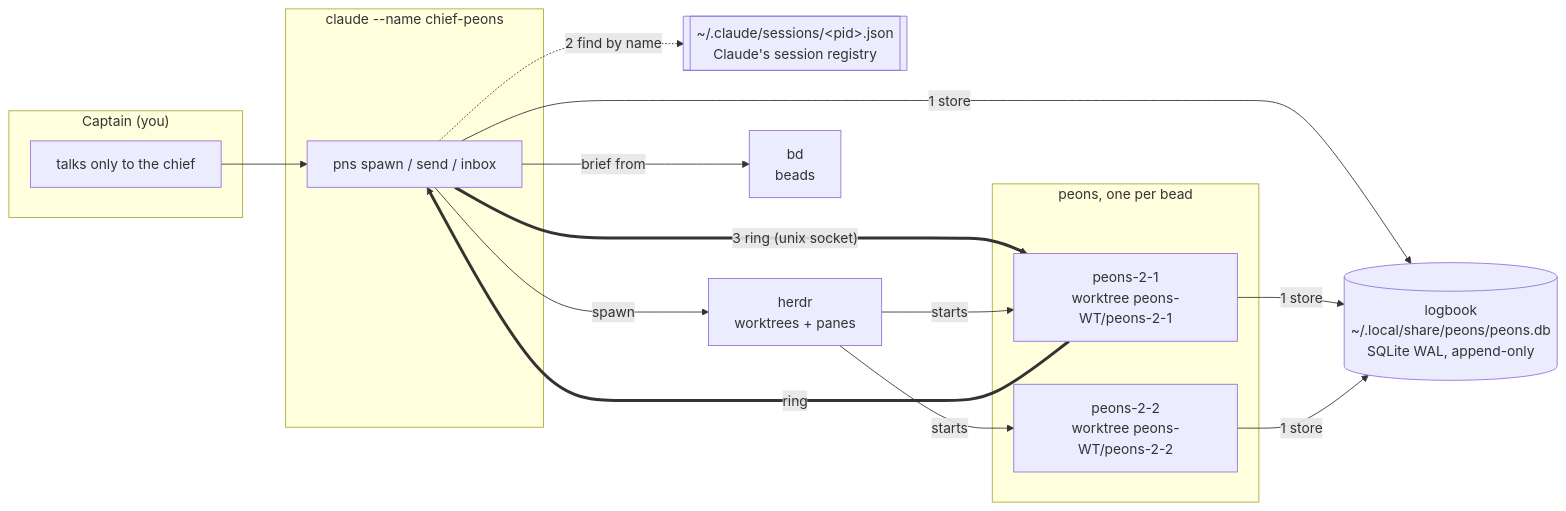
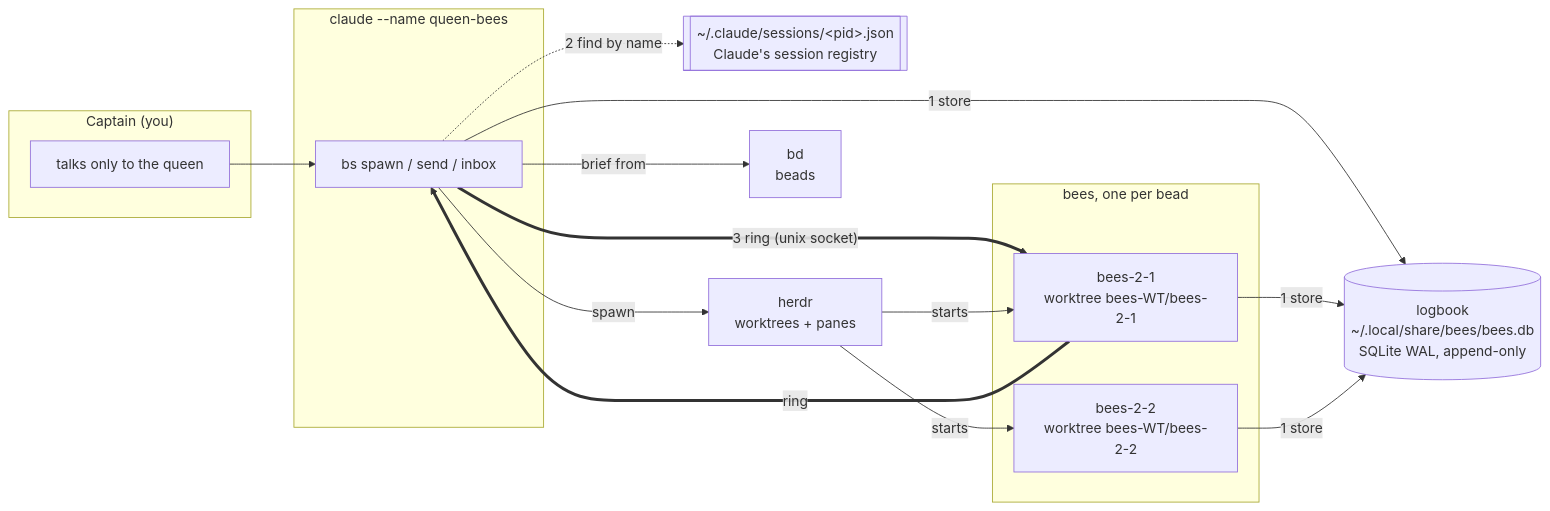
The first of 4 diagrams in README.md (jmmshn/bees), drawn with Mermaid before and after one commit. The commit also changed other lines of this file and 37 other files, not shown here.

First line of the commit message:
refactor: rename peons to bees (R31)

````diff
--- a/README.md
+++ b/README.md
@@ -74,29 +74,29 @@
 ```mermaid
 flowchart LR
     subgraph captain["Captain (you)"]
-        H[talks only to the chief]
+        H[talks only to the queen]
     end
-    subgraph chief["claude --name chief-peons"]
-        C[pns spawn / send / inbox]
+    subgraph queen["claude --name queen-bees"]
+        C[bs spawn / send / inbox]
     end
-    subgraph peons["peons, one per bead"]
-        P1["peons-2-1<br/>worktree peons-WT/peons-2-1"]
-        P2["peons-2-2<br/>worktree peons-WT/peons-2-2"]
+    subgraph bees["bees, one per bead"]
+        P1["bees-2-1<br/>worktree bees-WT/bees-2-1"]
+        P2["bees-2-2<br/>worktree bees-WT/bees-2-2"]
     end
-    LB[("logbook<br/>~/.local/share/peons/peons.db<br/>SQLite WAL, append-only")]
+    LB[("logbook<br/>~/.local/share/bees/bees.db<br/>SQLite WAL, append-only")]
     REG[["~/.claude/sessions/&lt;pid&gt;.json<br/>Claude's session registry"]]
     HD[herdr<br/>worktrees + panes]
     BD[bd<br/>beads]
 
     H --> C
     C -- "1 store" --> LB
     P1 -- "1 store" --> LB
     P2 -- "1 store" --> LB
     C -. "2 find by name" .-> REG
     C == "3 ring (unix socket)" ==> P1
     P1 == "ring" ==> C
     C -- "spawn" --> HD
     C -- "brief from" --> BD
     HD -- "starts" --> P1
     HD -- "starts" --> P2
 ```
````
